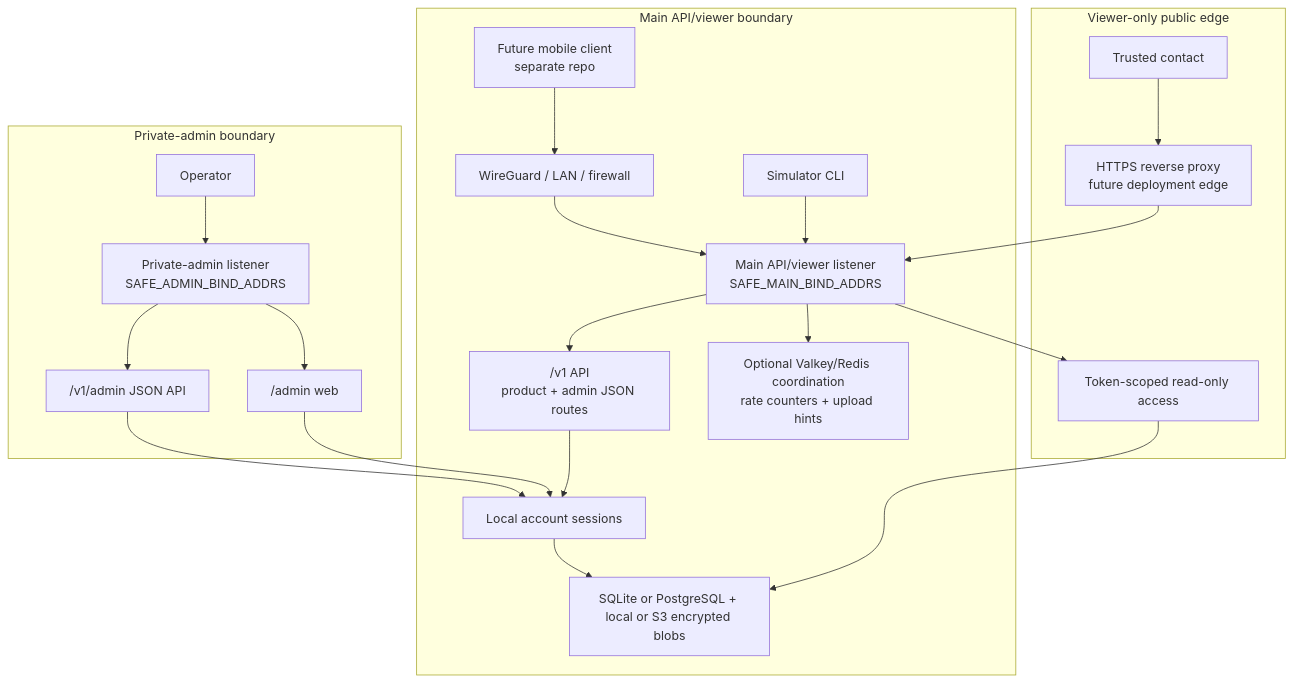
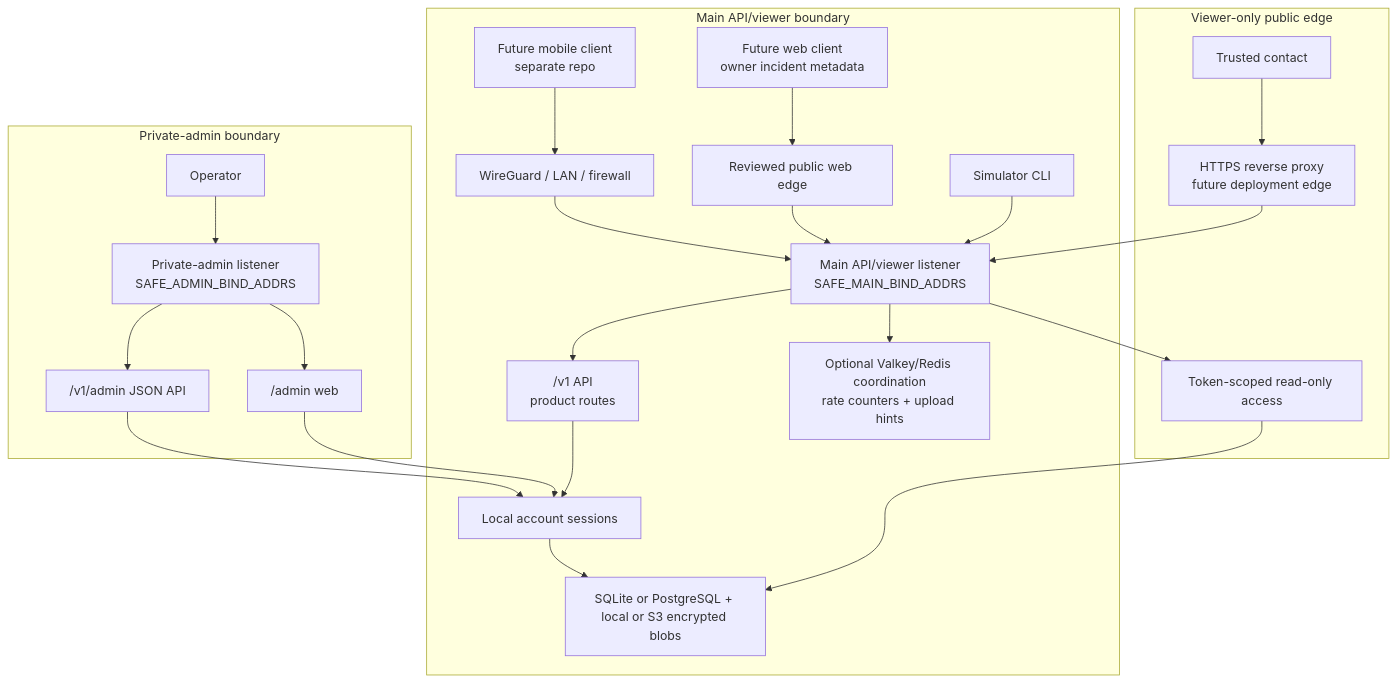
Before and after one commit to TheSilkky/safety-recorder: the second of 4 diagrams in docs/architecture.md, drawn with Mermaid. The commit also changed other lines of this file and 24 other files, not shown here.

Commit message:
Expose public-safe account incident reads (#209)

````diff
--- a/docs/architecture.md
+++ b/docs/architecture.md
@@ -105,27 +106,29 @@
 ```mermaid
 flowchart TB
     subgraph MainBoundary["Main API/viewer boundary"]
         FuturePhone["Future mobile client<br/>separate repo"] --> WireGuard["WireGuard / LAN / firewall"]
+        FutureWeb["Future web client<br/>owner incident metadata"] --> ReviewedEdge["Reviewed public web edge"]
         Simulator["Simulator CLI"] --> MainListener["Main API/viewer listener<br/>SAFE_MAIN_BIND_ADDRS"]
         WireGuard --> MainListener
-        MainListener --> V1["/v1 API<br/>product + admin JSON routes"]
+        ReviewedEdge --> MainListener
+        MainListener --> V1["/v1 API<br/>product routes"]
         V1 --> Auth["Local account sessions"]
         Auth --> Storage["SQLite or PostgreSQL + local or S3 encrypted blobs"]
         MainListener --> Coordination["Optional Valkey/Redis coordination<br/>rate counters + upload hints"]
     end
 
     subgraph PublicEdge["Viewer-only public edge"]
         TrustedContact["Trusted contact"] --> HTTPS["HTTPS reverse proxy<br/>future deployment edge"]
         HTTPS --> MainListener
         MainListener --> ReadOnly["Token-scoped read-only access"]
         ReadOnly --> Storage
     end
 
     subgraph AdminBoundary["Private-admin boundary"]
         AdminClient["Operator"] --> AdminListener["Private-admin listener<br/>SAFE_ADMIN_BIND_ADDRS"]
         AdminListener --> AdminAPI["/v1/admin JSON API"]
         AdminListener --> AdminWeb["/admin web"]
         AdminAPI --> Auth
         AdminWeb --> Auth
     end
 ```
````
